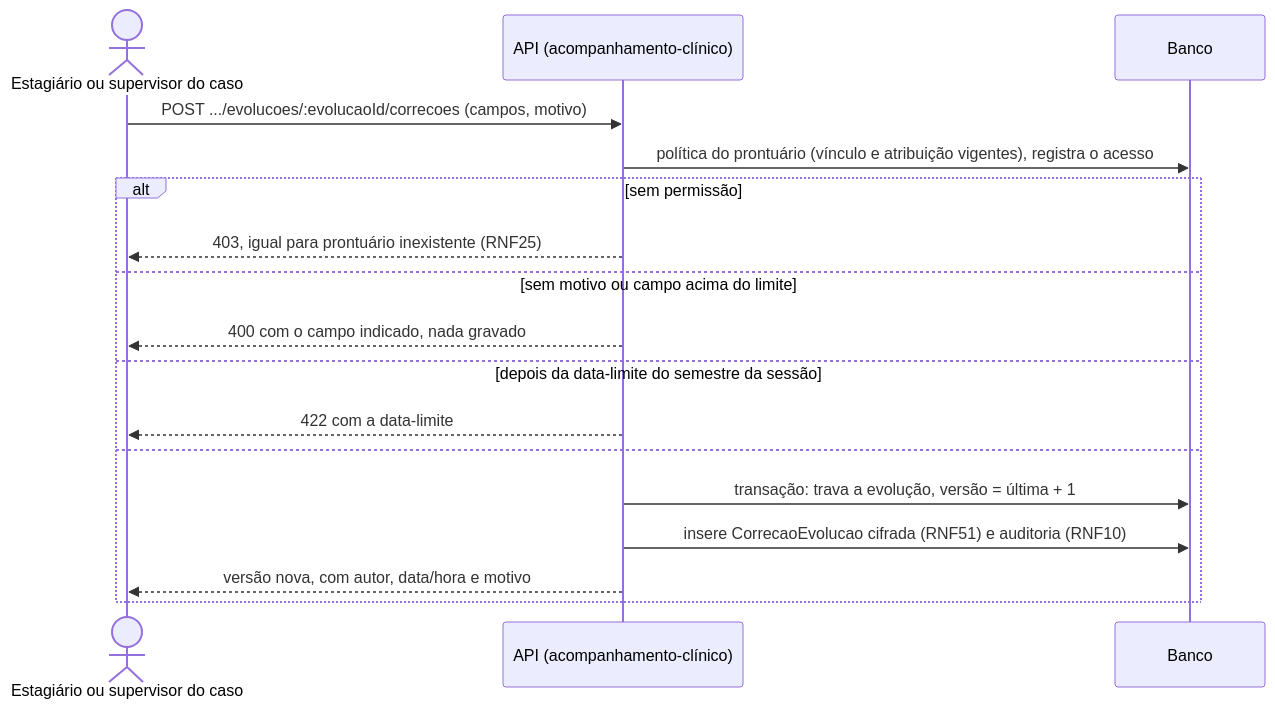
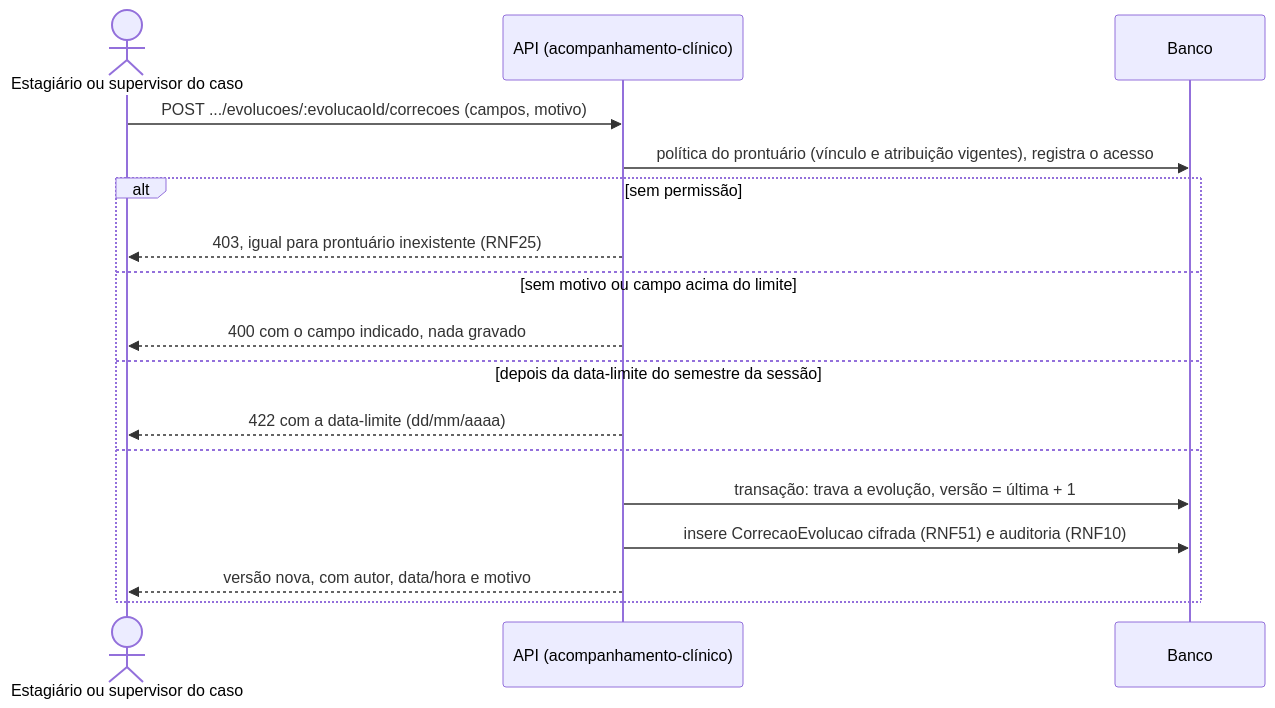
Before and after one commit to mdsreq-fga-unb/REQ-2026.2-T02-ClinicaEscolaFBr: diagram 35 of 45 in documentacao/docs/construcao/projeto-features.md, drawn with Mermaid. The commit also changed other lines of this file and 1 other file, not shown here.

````diff
--- a/documentacao/docs/construcao/projeto-features.md
+++ b/documentacao/docs/construcao/projeto-features.md
@@ -1774,19 +1774,19 @@
 ```mermaid
 sequenceDiagram
     actor U as Estagiário ou supervisor do caso
     participant A as API (acompanhamento-clínico)
     participant DB as Banco
     U->>A: POST .../evolucoes/:evolucaoId/correcoes (campos, motivo)
     A->>DB: política do prontuário (vínculo e atribuição vigentes), registra o acesso
     alt sem permissão
         A-->>U: 403, igual para prontuário inexistente (RNF25)
     else sem motivo ou campo acima do limite
         A-->>U: 400 com o campo indicado, nada gravado
     else depois da data-limite do semestre da sessão
-        A-->>U: 422 com a data-limite
+        A-->>U: 422 com a data-limite (dd/mm/aaaa)
     else
         A->>DB: transação: trava a evolução, versão = última + 1
         A->>DB: insere CorrecaoEvolucao cifrada (RNF51) e auditoria (RNF10)
         A-->>U: versão nova, com autor, data/hora e motivo
     end
 ```
````
